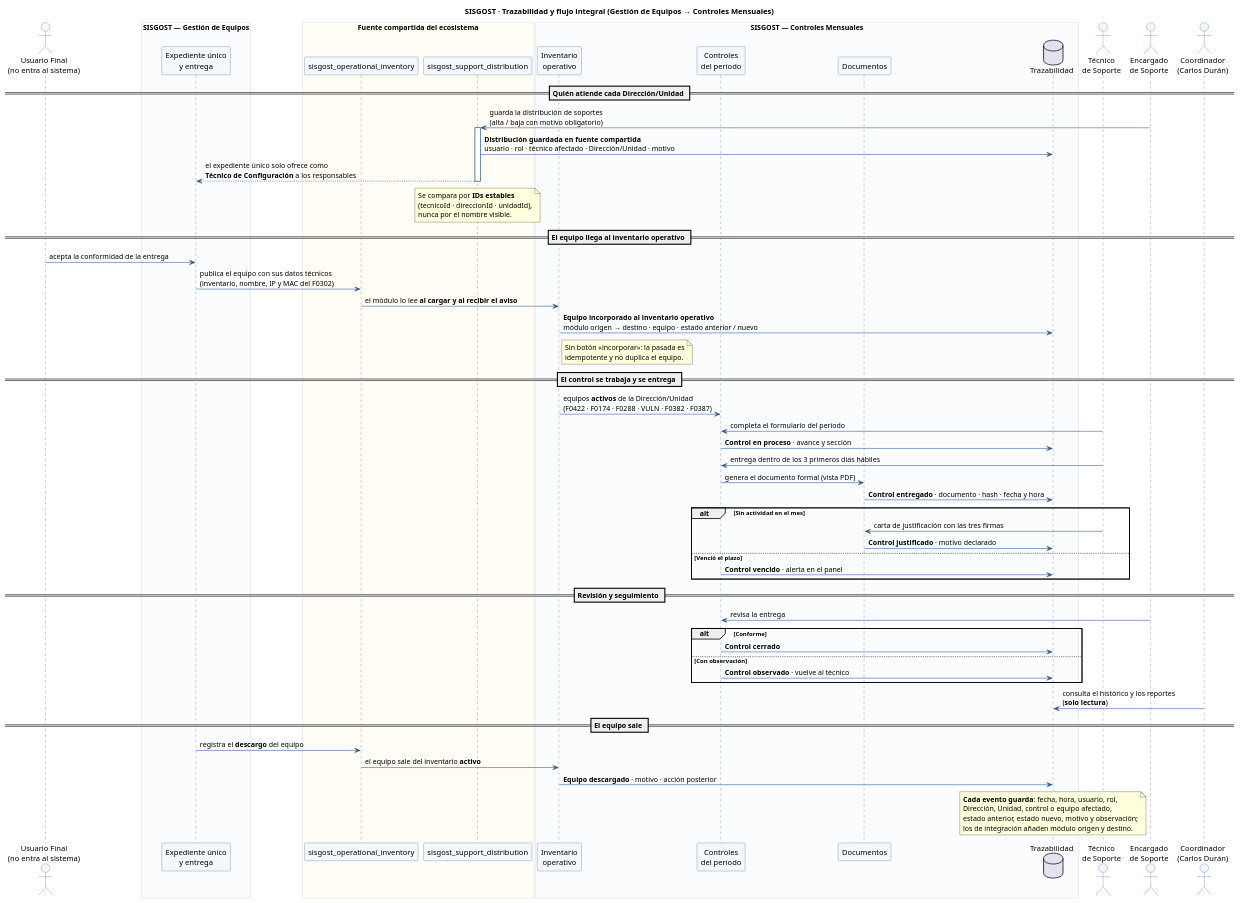
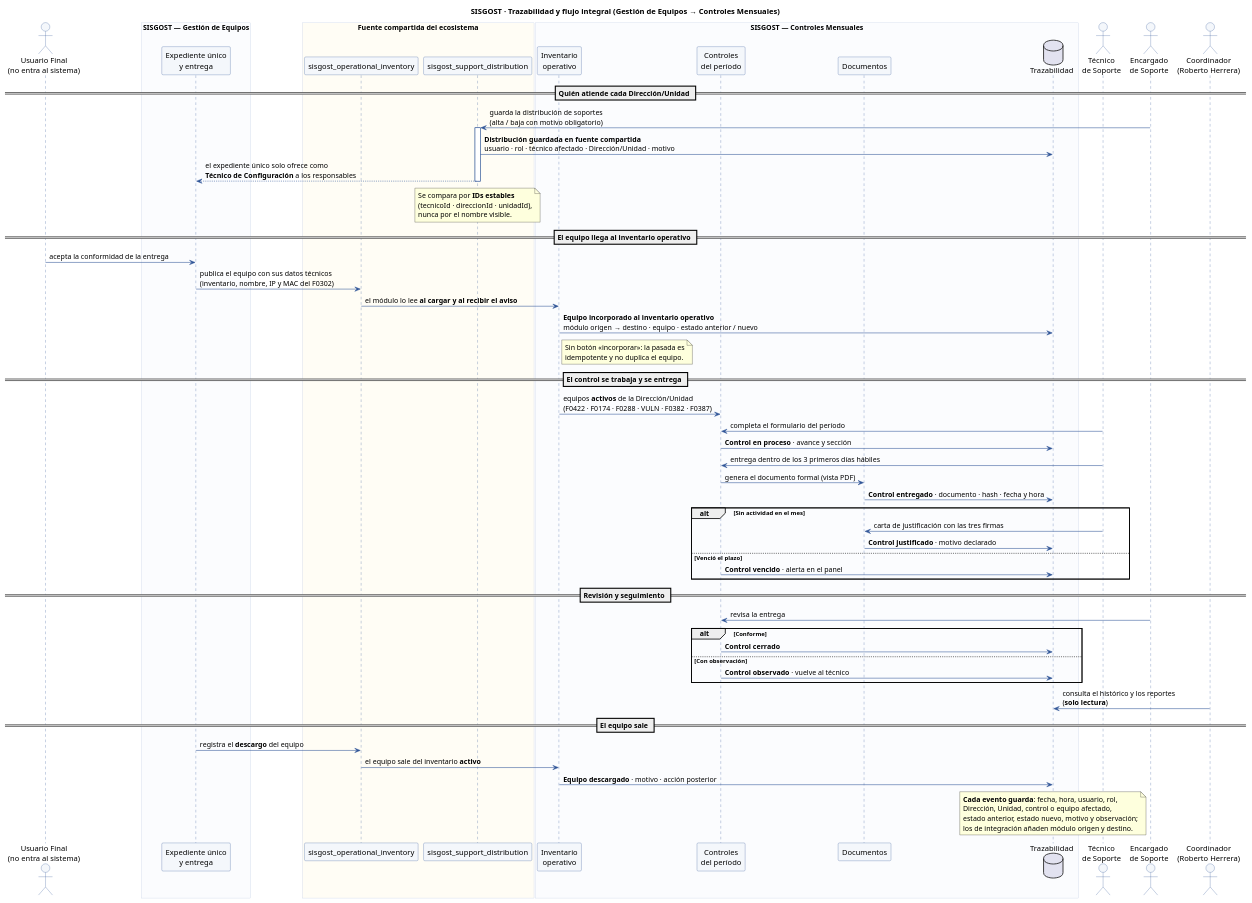
The diagram in docs/plantuml/trazabilidad.puml (diego0399/sisgost-controles-mensuales), drawn with PlantUML before and after one commit. The commit also changed 46 other files, not shown here.

```diff
--- a/docs/plantuml/trazabilidad.puml
+++ b/docs/plantuml/trazabilidad.puml
@@ -1,89 +1,89 @@
 @startuml trazabilidad
 title SISGOST · Trazabilidad y flujo integral (Gestión de Equipos → Controles Mensuales)
 skinparam shadowing false
 skinparam backgroundColor #FFFFFF
 skinparam sequence {
   ArrowColor #2F5597
   LifeLineBorderColor #2F5597
   ParticipantBorderColor #2F5597
   ParticipantBackgroundColor #F4F7FB
   BoxBorderColor #B7C7E0
   ActorBorderColor #2F5597
   ActorBackgroundColor #F4F7FB
 }
 
 actor "Usuario Final\n(no entra al sistema)" as UF
 box "SISGOST — Gestión de Equipos" #FBFCFE
   participant "Expediente único\ny entrega" as GE
 end box
 box "Fuente compartida del ecosistema" #FFFDF5
   participant "sisgost_operational_inventory" as KINV
   participant "sisgost_support_distribution" as KDIS
 end box
 box "SISGOST — Controles Mensuales" #FBFCFE
   participant "Inventario\noperativo" as INV
   participant "Controles\ndel período" as CTL
   participant "Documentos" as DOC
   database "Trazabilidad" as TRZ
 end box
 actor "Técnico\nde Soporte" as TEC
 actor "Encargado\nde Soporte" as ENC
-actor "Coordinador\n(Carlos Durán)" as COO
+actor "Coordinador\n(Roberto Herrera)" as COO
 
 == Quién atiende cada Dirección/Unidad ==
 ENC -> KDIS : guarda la distribución de soportes\n(alta / baja con motivo obligatorio)
 activate KDIS
 KDIS -> TRZ : **Distribución guardada en fuente compartida**\nusuario · rol · técnico afectado · Dirección/Unidad · motivo
 KDIS --> GE : el expediente único solo ofrece como\n**Técnico de Configuración** a los responsables
 deactivate KDIS
 note over KDIS
   Se compara por **IDs estables**
   (tecnicoId · direccionId · unidadId),
   nunca por el nombre visible.
 end note
 
 == El equipo llega al inventario operativo ==
 UF -> GE : acepta la conformidad de la entrega
 GE -> KINV : publica el equipo con sus datos técnicos\n(inventario, nombre, IP y MAC del F0302)
 KINV -> INV : el módulo lo lee **al cargar y al recibir el aviso**
 INV -> TRZ : **Equipo incorporado al inventario operativo**\nmódulo origen → destino · equipo · estado anterior / nuevo
 note right of INV
   Sin botón «incorporar»: la pasada es
   idempotente y no duplica el equipo.
 end note
 
 == El control se trabaja y se entrega ==
 INV -> CTL : equipos **activos** de la Dirección/Unidad\n(F0422 · F0174 · F0288 · VULN · F0382 · F0387)
 TEC -> CTL : completa el formulario del período
 CTL -> TRZ : **Control en proceso** · avance y sección
 TEC -> CTL : entrega dentro de los 3 primeros días hábiles
 CTL -> DOC : genera el documento formal (vista PDF)
 DOC -> TRZ : **Control entregado** · documento · hash · fecha y hora
 alt Sin actividad en el mes
   TEC -> DOC : carta de justificación con las tres firmas
   DOC -> TRZ : **Control justificado** · motivo declarado
 else Venció el plazo
   CTL -> TRZ : **Control vencido** · alerta en el panel
 end
 
 == Revisión y seguimiento ==
 ENC -> CTL : revisa la entrega
 alt Conforme
   CTL -> TRZ : **Control cerrado**
 else Con observación
   CTL -> TRZ : **Control observado** · vuelve al técnico
 end
 COO -> TRZ : consulta el histórico y los reportes\n(**solo lectura**)
 
 == El equipo sale ==
 GE -> KINV : registra el **descargo** del equipo
 KINV -> INV : el equipo sale del inventario **activo**
 INV -> TRZ : **Equipo descargado** · motivo · acción posterior
 note over TRZ
   **Cada evento guarda**: fecha, hora, usuario, rol,
   Dirección, Unidad, control o equipo afectado,
   estado anterior, estado nuevo, motivo y observación;
   los de integración añaden módulo origen y destino.
 end note
 
 @enduml
```
